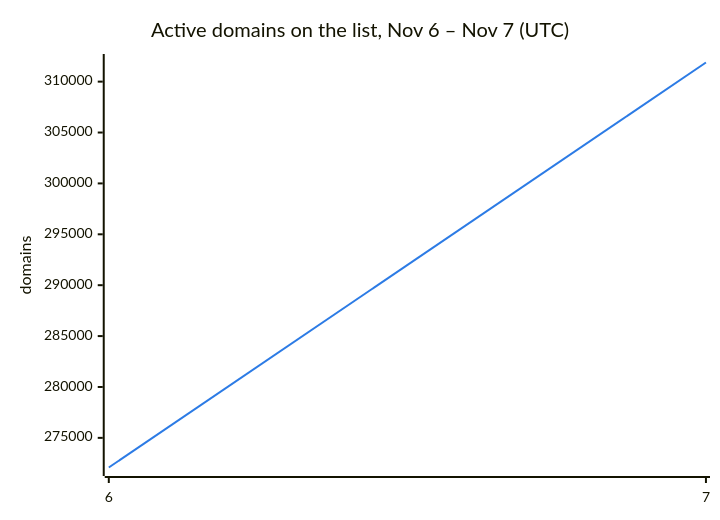
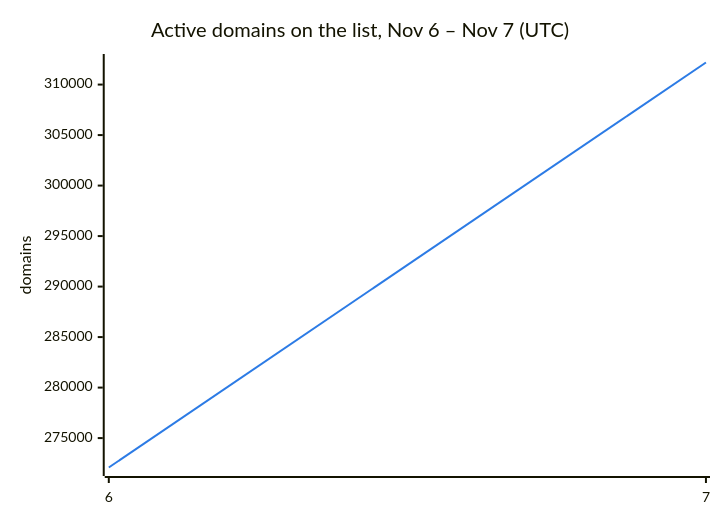
The second of 3 diagrams in README.md (DNSBunker/CTI), drawn with Mermaid before and after one commit. The commit also changed other lines of this file and 3 other files, not shown here.

````diff
--- a/README.md
+++ b/README.md
@@ -38,8 +38,8 @@
 ```mermaid
 %%{init: {"themeVariables": {"xyChart": {"plotColorPalette": "#2c7be5"}}}}%%
 xychart-beta
     title "Active domains on the list, Nov 6 – Nov 7 (UTC)"
     x-axis ["6", "7"]
     y-axis "domains"
-    line [272088, 311880]
+    line [272088, 312186]
 ```
````
